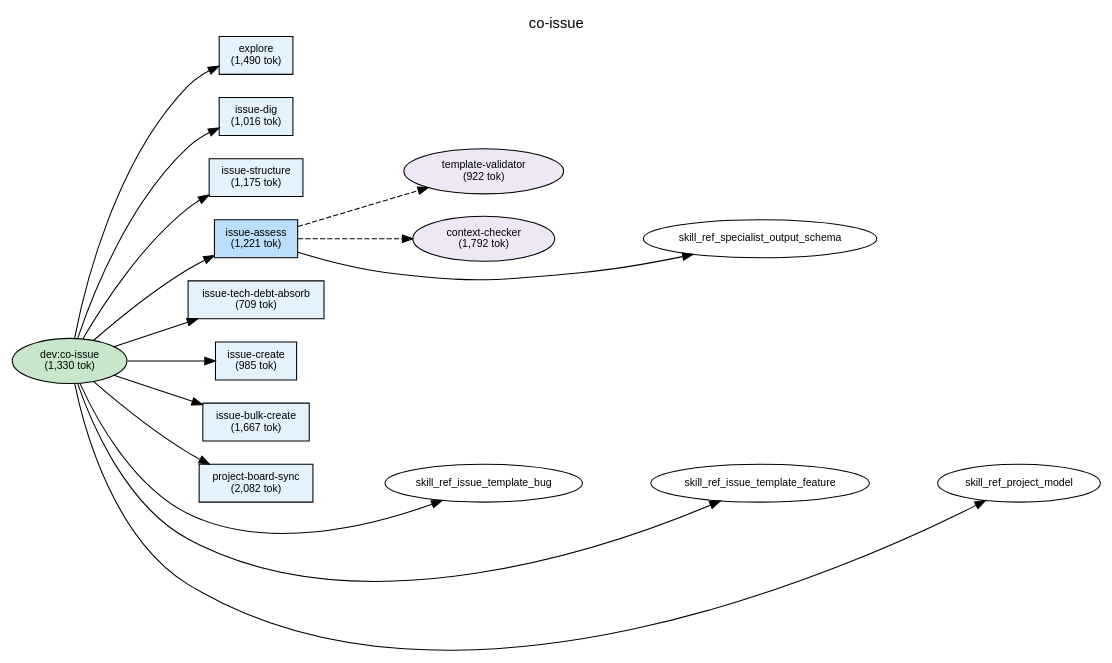
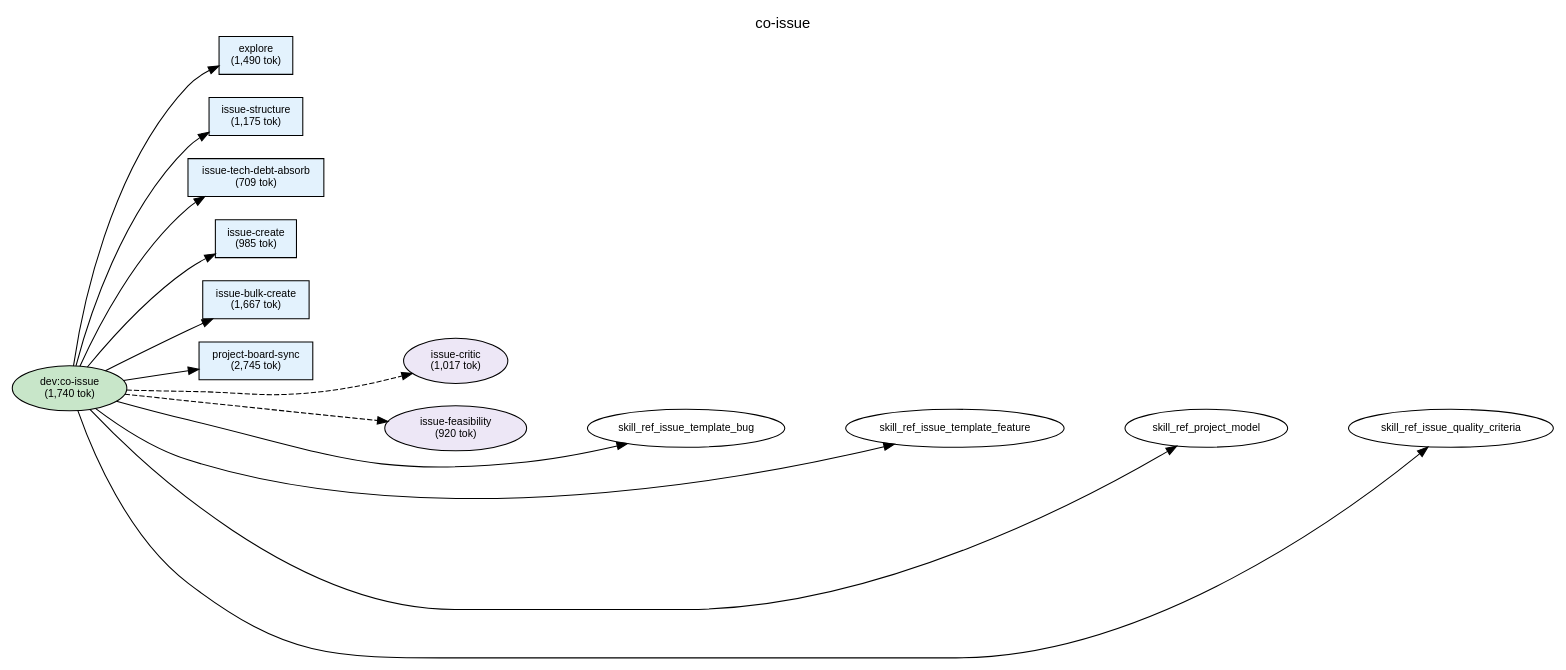
The diagram in plugins/dev/docs/deps-co-issue.dot (shuu5/twill), drawn with Graphviz before and after one commit. The commit also changed 22 other files, not shown here.

```diff
--- a/plugins/dev/docs/deps-co-issue.dot
+++ b/plugins/dev/docs/deps-co-issue.dot
@@ -1,77 +1,72 @@
 digraph Dependencies {
     // Graph settings
     rankdir=LR;
     ranksep=0.8;
     nodesep=0.3;
     fontname="Helvetica";
     node [fontname="Helvetica", fontsize=10];
     edge [fontname="Helvetica", fontsize=9];
     label="co-issue";
     labelloc=t;
     fontsize=14;
 
     // L0: Controller Skills
-    skill_co_issue [label="dev:co-issue\n(1,330 tok)", shape=ellipse, style=filled, fillcolor="#c8e6c9"];
+    skill_co_issue [label="dev:co-issue\n(1,740 tok)", shape=ellipse, style=filled, fillcolor="#c8e6c9"];
 
     // L0: Launchers
 
     // L0.5: Workflow Skills
 
     // Reference Skills
 
     // L1: Direct Commands
-    cmd_issue_dig [label="issue-dig\n(1,016 tok)", shape=box, style=filled, fillcolor="#e3f2fd"];
     cmd_issue_structure [label="issue-structure\n(1,175 tok)", shape=box, style=filled, fillcolor="#e3f2fd"];
     cmd_issue_create [label="issue-create\n(985 tok)", shape=box, style=filled, fillcolor="#e3f2fd"];
     cmd_issue_bulk_create [label="issue-bulk-create\n(1,667 tok)", shape=box, style=filled, fillcolor="#e3f2fd"];
     cmd_issue_tech_debt_absorb [label="issue-tech-debt-absorb\n(709 tok)", shape=box, style=filled, fillcolor="#e3f2fd"];
-    cmd_project_board_sync [label="project-board-sync\n(2,082 tok)", shape=box, style=filled, fillcolor="#e3f2fd"];
-    cmd_issue_assess [label="issue-assess\n(1,221 tok)", shape=box, style=filled, fillcolor="#bbdefb"];
+    cmd_project_board_sync [label="project-board-sync\n(2,745 tok)", shape=box, style=filled, fillcolor="#e3f2fd"];
     cmd_explore [label="explore\n(1,490 tok)", shape=box, style=filled, fillcolor="#e3f2fd"];
 
     // L2: Sub Commands
 
     // L3: Agents
-    agent_template_validator [label="template-validator\n(922 tok)", shape=ellipse, style=filled, fillcolor="#ede7f6"];
-    agent_context_checker [label="context-checker\n(1,792 tok)", shape=ellipse, style=filled, fillcolor="#ede7f6"];
+    agent_issue_critic [label="issue-critic\n(1,017 tok)", shape=ellipse, style=filled, fillcolor="#ede7f6"];
+    agent_issue_feasibility [label="issue-feasibility\n(920 tok)", shape=ellipse, style=filled, fillcolor="#ede7f6"];
 
     // L3.5: Scripts
 
     // L4: External
 
     // Layer constraints
     { rank=same; skill_co_issue; }
-    { rank=same; cmd_issue_dig; cmd_issue_structure; cmd_issue_create; cmd_issue_bulk_create; cmd_issue_tech_debt_absorb; cmd_project_board_sync; cmd_issue_assess; cmd_explore; }
-    { rank=same; agent_template_validator; agent_context_checker; }
+    { rank=same; cmd_issue_structure; cmd_issue_create; cmd_issue_bulk_create; cmd_issue_tech_debt_absorb; cmd_project_board_sync; cmd_explore; }
+    { rank=same; agent_issue_critic; agent_issue_feasibility; }
 
     // Edges
     skill_co_issue -> cmd_explore;
-    skill_co_issue -> cmd_issue_dig;
     skill_co_issue -> cmd_issue_structure;
-    skill_co_issue -> cmd_issue_assess;
     skill_co_issue -> cmd_issue_tech_debt_absorb;
     skill_co_issue -> cmd_issue_create;
     skill_co_issue -> cmd_issue_bulk_create;
     skill_co_issue -> cmd_project_board_sync;
+    skill_co_issue -> agent_issue_critic [style=dashed];
+    skill_co_issue -> agent_issue_feasibility [style=dashed];
     skill_co_issue -> skill_ref_issue_template_bug;
     skill_co_issue -> skill_ref_issue_template_feature;
     skill_co_issue -> skill_ref_project_model;
-    cmd_issue_assess -> agent_template_validator [style=dashed];
-    cmd_issue_assess -> agent_context_checker [style=dashed];
-    cmd_issue_assess -> skill_ref_specialist_output_schema;
+    skill_co_issue -> skill_ref_issue_quality_criteria;
 
     // Ordering constraints (invisible edges)
-    cmd_explore -> cmd_issue_dig [style=invis, weight=10];
-    cmd_issue_dig -> cmd_issue_structure [style=invis, weight=10];
-    cmd_issue_structure -> cmd_issue_assess [style=invis, weight=10];
-    cmd_issue_assess -> cmd_issue_tech_debt_absorb [style=invis, weight=10];
+    cmd_explore -> cmd_issue_structure [style=invis, weight=10];
+    cmd_issue_structure -> cmd_issue_tech_debt_absorb [style=invis, weight=10];
     cmd_issue_tech_debt_absorb -> cmd_issue_create [style=invis, weight=10];
     cmd_issue_create -> cmd_issue_bulk_create [style=invis, weight=10];
     cmd_issue_bulk_create -> cmd_project_board_sync [style=invis, weight=10];
-    cmd_project_board_sync -> skill_ref_issue_template_bug [style=invis, weight=10];
+    cmd_project_board_sync -> agent_issue_critic [style=invis, weight=10];
+    agent_issue_critic -> agent_issue_feasibility [style=invis, weight=10];
+    agent_issue_feasibility -> skill_ref_issue_template_bug [style=invis, weight=10];
     skill_ref_issue_template_bug -> skill_ref_issue_template_feature [style=invis, weight=10];
     skill_ref_issue_template_feature -> skill_ref_project_model [style=invis, weight=10];
-    agent_template_validator -> agent_context_checker [style=invis, weight=10];
-    agent_context_checker -> skill_ref_specialist_output_schema [style=invis, weight=10];
+    skill_ref_project_model -> skill_ref_issue_quality_criteria [style=invis, weight=10];
 
 }
```
